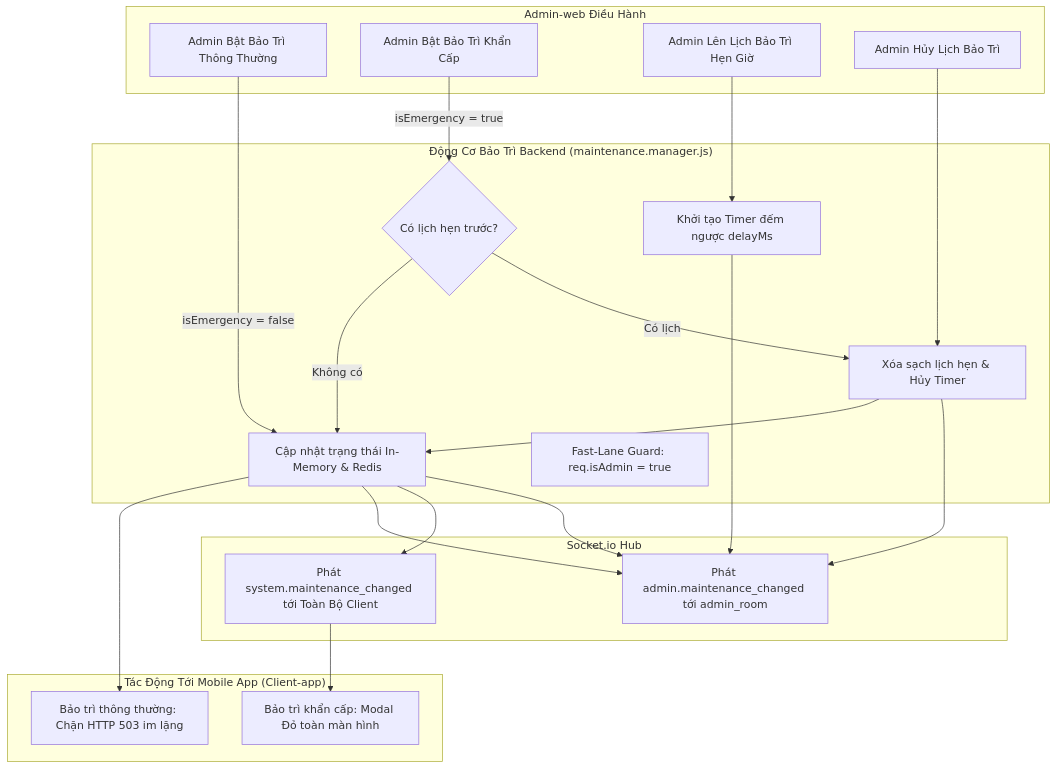
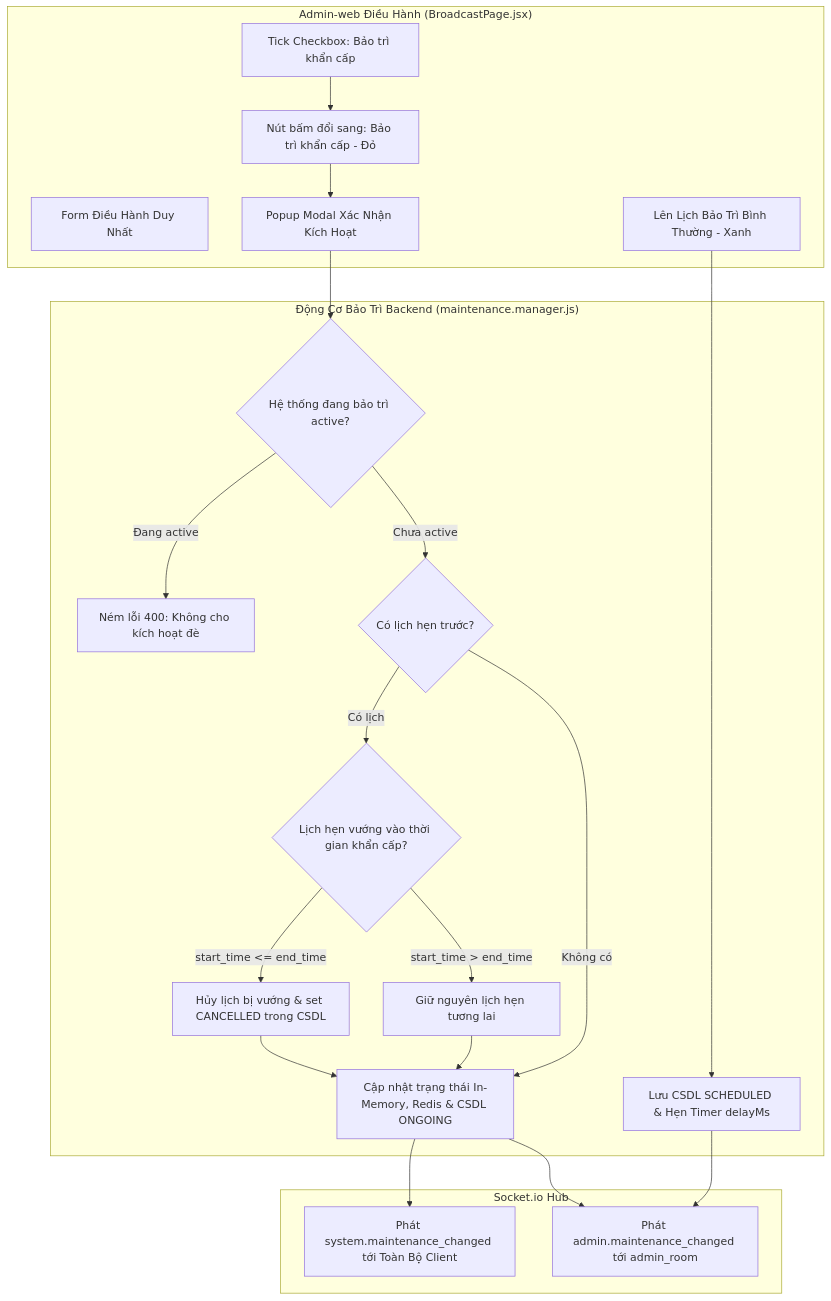
The diagram in docs/Admin-web/07-maintenance-and-resilience.md (NguyenPhuBao/ManagementFinance), drawn with Mermaid before and after one commit. The commit also changed other lines of this file and 64 other files, not shown here.

Commit message:
Socket.io to client-app

````diff
--- a/docs/Admin-web/07-maintenance-and-resilience.md
+++ b/docs/Admin-web/07-maintenance-and-resilience.md
@@ -20,39 +24,37 @@
 ```mermaid
 graph TD
-    subgraph "Admin-web Điều Hành"
-        A1[Admin Bật Bảo Trì Thông Thường]
-        A2[Admin Bật Bảo Trì Khẩn Cấp]
-        A3[Admin Lên Lịch Bảo Trì Hẹn Giờ]
-        A4[Admin Hủy Lịch Bảo Trì]
+    subgraph "Admin-web Điều Hành (BroadcastPage.jsx)"
+        A1[Form Điều Hành Duy Nhất]
+        A2[Tick Checkbox: Bảo trì khẩn cấp]
+        A3[Nút bấm đổi sang: Bảo trì khẩn cấp - Đỏ]
+        A4[Popup Modal Xác Nhận Kích Hoạt]
+        A5[Lên Lịch Bảo Trì Bình Thường - Xanh]
     end
 
     subgraph "Động Cơ Bảo Trì Backend (maintenance.manager.js)"
+        B0{Hệ thống đang bảo trì active?}
+        B0_ERR[Ném lỗi 400: Không cho kích hoạt đè]
         B1{Có lịch hẹn trước?}
-        B2[Xóa sạch lịch hẹn & Hủy Timer]
-        B3[Cập nhật trạng thái In-Memory & Redis]
-        B4[Khởi tạo Timer đếm ngược delayMs]
-        B5[Fast-Lane Guard: req.isAdmin = true]
+        B2{Lịch hẹn vướng vào thời gian khẩn cấp?}
+        B2_YES[Hủy lịch bị vướng & set CANCELLED trong CSDL]
+        B2_NO[Giữ nguyên lịch hẹn tương lai]
+        B3[Cập nhật trạng thái In-Memory, Redis & CSDL ONGOING]
+        B4[Lưu CSDL SCHEDULED & Hẹn Timer delayMs]
     end
 
     subgraph "Socket.io Hub"
         S1[Phát system.maintenance_changed tới Toàn Bộ Client]
         S2[Phát admin.maintenance_changed tới admin_room]
     end
 
-    subgraph "Tác Động Tới Mobile App (Client-app)"
-        M1[Bảo trì thông thường: Chặn HTTP 503 im lặng]
-        M2[Bảo trì khẩn cấp: Modal Đỏ toàn màn hình]
-    end
-
-    A1 -->|isEmergency = false| B3 --> S2
-    A3 --> B4 --> S2
-    A4 --> B2 --> S2
-
-    A2 -->|isEmergency = true| B1
-    B1 -- "Có lịch" --> B2 --> B3
+    A2 --> A3 --> A4 --> B0
+    B0 -- "Đang active" --> B0_ERR
+    B0 -- "Chưa active" --> B1
+    B1 -- "Có lịch" --> B2
+    B2 -- "start_time <= end_time" --> B2_YES --> B3
+    B2 -- "start_time > end_time" --> B2_NO --> B3
     B1 -- "Không có" --> B3
     B3 --> S1 & S2
-    
-    B3 --> M1
-    S1 --> M2
+
+    A5 --> B4 --> S2
 ```
````
